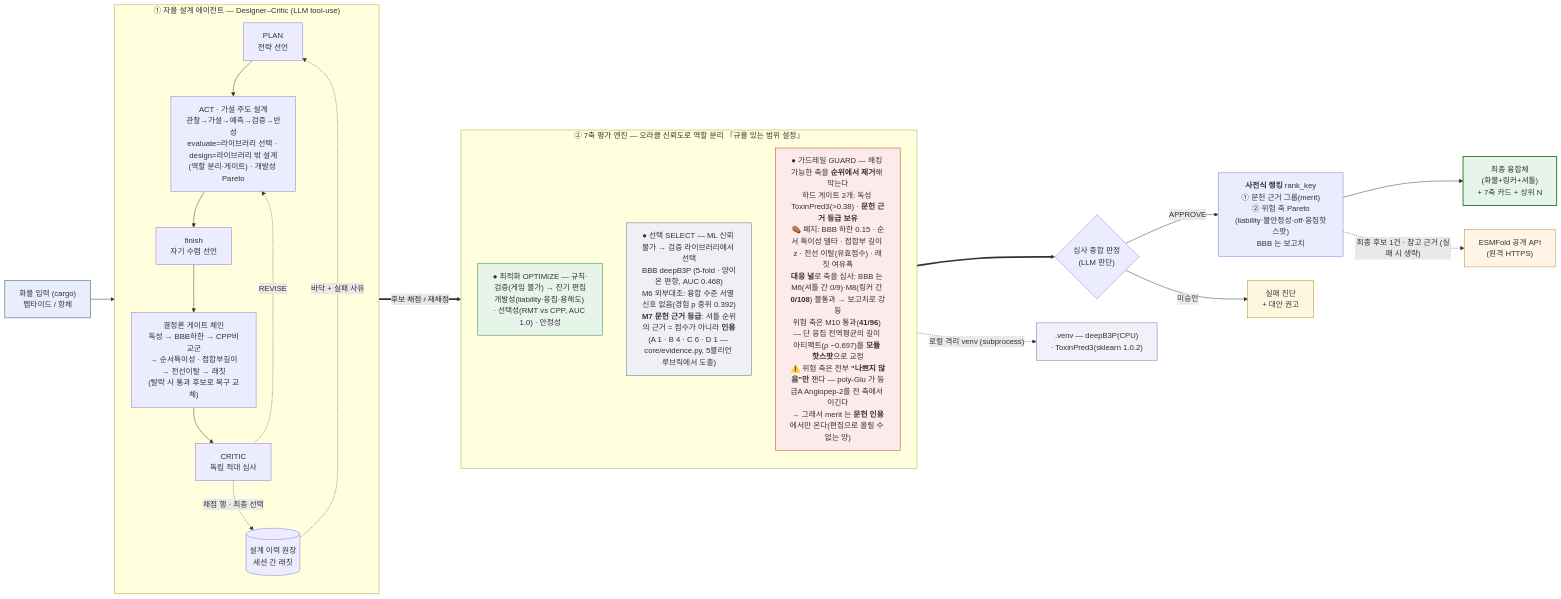
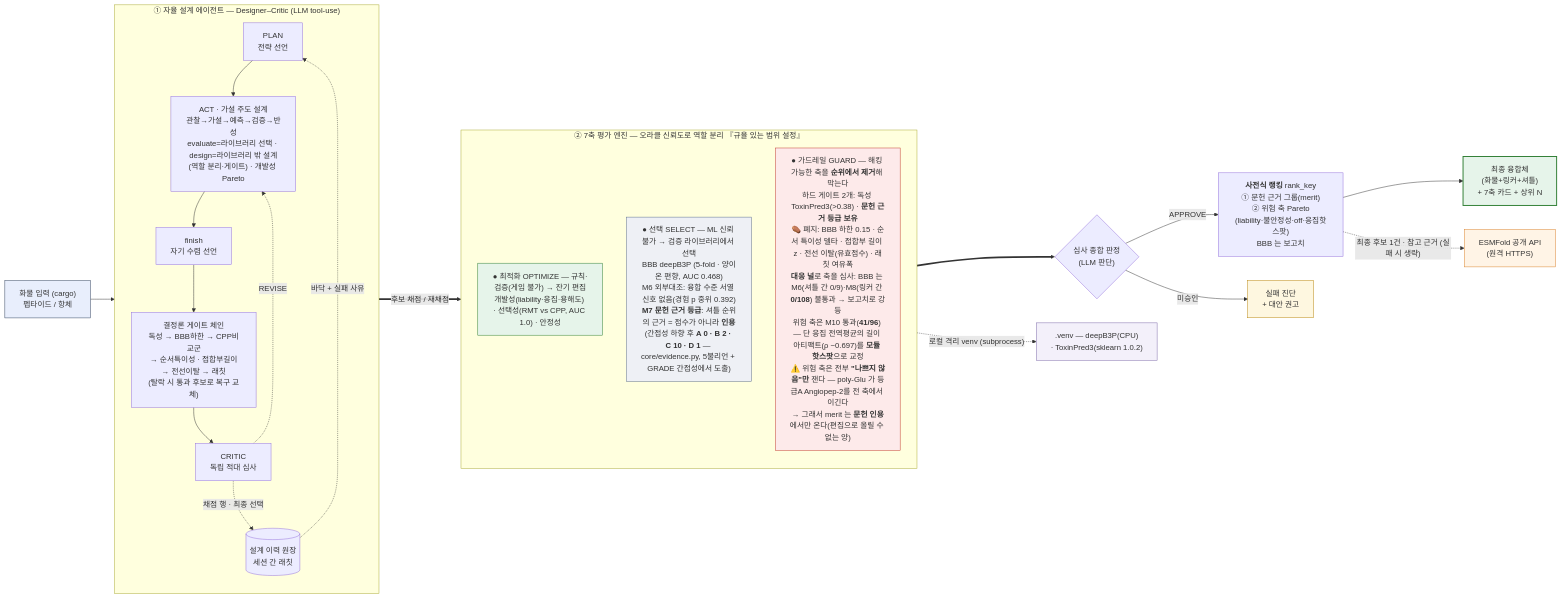
Before and after one commit to yunseul6028/BBB-Optimizer: the first of 10 diagrams in 아키텍처.md, drawn with Mermaid. The commit also changed 5 other files, not shown here.

````diff
--- a/아키텍처.md
+++ b/아키텍처.md
@@ -19,40 +19,40 @@
 ```mermaid
 flowchart LR
   IN["화물 입력 (cargo)<br/>펩타이드 / 항체"]:::io --> AG
 
   subgraph AG["① 자율 설계 에이전트 — Designer–Critic (LLM tool-use)"]
     direction TB
     PLAN["PLAN<br/>전략 선언"] --> ACT["ACT · 가설 주도 설계<br/>관찰→가설→예측→검증→반성<br/>evaluate=라이브러리 선택 · design=라이브러리 밖 설계<br/>(역할 분리·게이트) · 개발성 Pareto"]
     ACT --> FIN["finish<br/>자기 수렴 선언"]
     FIN --> GT["결정론 게이트 체인<br/>독성 → BBB하한 → CPP비교군<br/>→ 순서특이성 · 접합부길이<br/>→ 전선이탈 → 래칫<br/>(탈락 시 통과 후보로 복구 교체)"]
     GT --> CR["CRITIC<br/>독립 적대 심사"]
     CR -.->|REVISE| ACT
     LG[("설계 이력 원장<br/>세션 간 래칫")] -.->|"바닥 + 실패 사유"| PLAN
     CR -.->|"채점 행 · 최종 선택"| LG
   end
 
   AG ==>|"후보 채점 / 재채점"| ENG
 
   subgraph ENG["② 7축 평가 엔진 — 오라클 신뢰도로 역할 분리 『규율 있는 범위 설정』"]
     direction TB
     OPT["● 최적화 OPTIMIZE — 규칙·검증(게임 불가) → 잔기 편집<br/>개발성(liability·응집·용해도) · 선택성(RMT vs CPP, AUC 1.0) · 안정성"]:::opt
-    SEL["● 선택 SELECT — ML 신뢰 불가 → 검증 라이브러리에서 선택<br/>BBB deepB3P (5-fold · 양이온 편향, AUC 0.468)<br/>M6 외부대조: 융합 수준 서열 신호 없음(경험 p 중위 0.392)<br/><b>M7 문헌 근거 등급</b>: 셔틀 순위의 근거 = 점수가 아니라 <b>인용</b><br/>(A 1 · B 4 · C 6 · D 1 — core/evidence.py, 5불리언 루브릭에서 도출)"]:::sel
+    SEL["● 선택 SELECT — ML 신뢰 불가 → 검증 라이브러리에서 선택<br/>BBB deepB3P (5-fold · 양이온 편향, AUC 0.468)<br/>M6 외부대조: 융합 수준 서열 신호 없음(경험 p 중위 0.392)<br/><b>M7 문헌 근거 등급</b>: 셔틀 순위의 근거 = 점수가 아니라 <b>인용</b><br/>(간접성 하향 후 <b>A 0 · B 2 · C 10 · D 1</b> — core/evidence.py, 5불리언 + GRADE 간접성에서 도출)"]:::sel
     GRD["● 가드레일 GUARD — 해킹 가능한 축을 <b>순위에서 제거</b>해 막는다<br/>하드 게이트 2개: 독성 ToxinPred3(&gt;0.38) · <b>문헌 근거 등급 보유</b><br/>⚰️ 폐지: BBB 하한 0.15 · 순서 특이성 델타 · 접합부 길이 z · 전선 이탈(유효점수) · 래칫 여유폭<br/><b>대응 널</b>로 축을 심사: BBB 는 M6(셔틀 간 0/9)·M8(링커 간 <b>0/108</b>) 불통과 → 보고치로 강등<br/>위험 축은 M10 통과(<b>41/96</b>) — 단 응집 전역평균의 길이 아티팩트(ρ −0.697)를 <b>모듈 핫스팟</b>으로 교정<br/>⚠️ 위험 축은 전부 <b>&quot;나쁘지 않음&quot;만</b> 잰다 — poly-Glu 가 등급A Angiopep-2를 전 축에서 이긴다<br/>→ 그래서 merit 는 <b>문헌 인용</b>에서만 온다(편집으로 올릴 수 없는 양)"]:::grd
   end
 
   ENG ==> J{"심사 종합 판정<br/>(LLM 판단)"}
   J -->|APPROVE| RK["<b>사전식 랭킹</b> rank_key<br/>① 문헌 근거 그룹(merit)<br/>② 위험 축 Pareto<br/>(liability·불안정성·off·응집핫스팟)<br/>BBB 는 보고치"] --> OUT["최종 융합체<br/>(화물+링커+셔틀)<br/>+ 7축 카드 + 상위 N"]:::ok
   J -->|"미승인"| F["실패 진단<br/>+ 대안 권고"]:::warn
 
   ENG -.->|"로컬 격리 venv (subprocess)"| VENV[".venv — deepB3P(CPU)<br/>· ToxinPred3(sklearn 1.0.2)"]:::venv
   RK -.->|"최종 후보 1건 · 참고 근거 (실패 시 생략)"| API["ESMFold 공개 API<br/>(원격 HTTPS)"]:::api
 
   classDef io fill:#e8eefc,stroke:#30405c;
   classDef opt fill:#e6f4ea,stroke:#2e7d32;
   classDef sel fill:#eef0f5,stroke:#5a6b8c;
   classDef grd fill:#fdeaea,stroke:#c0392b;
   classDef ok fill:#e6f4ea,stroke:#2e7d32,stroke-width:2px;
   classDef warn fill:#fef7e0,stroke:#b8860b;
   classDef venv fill:#f3f0fa,stroke:#7c6aa8;
   classDef api fill:#fff4e6,stroke:#d9822b;
 ```
````
